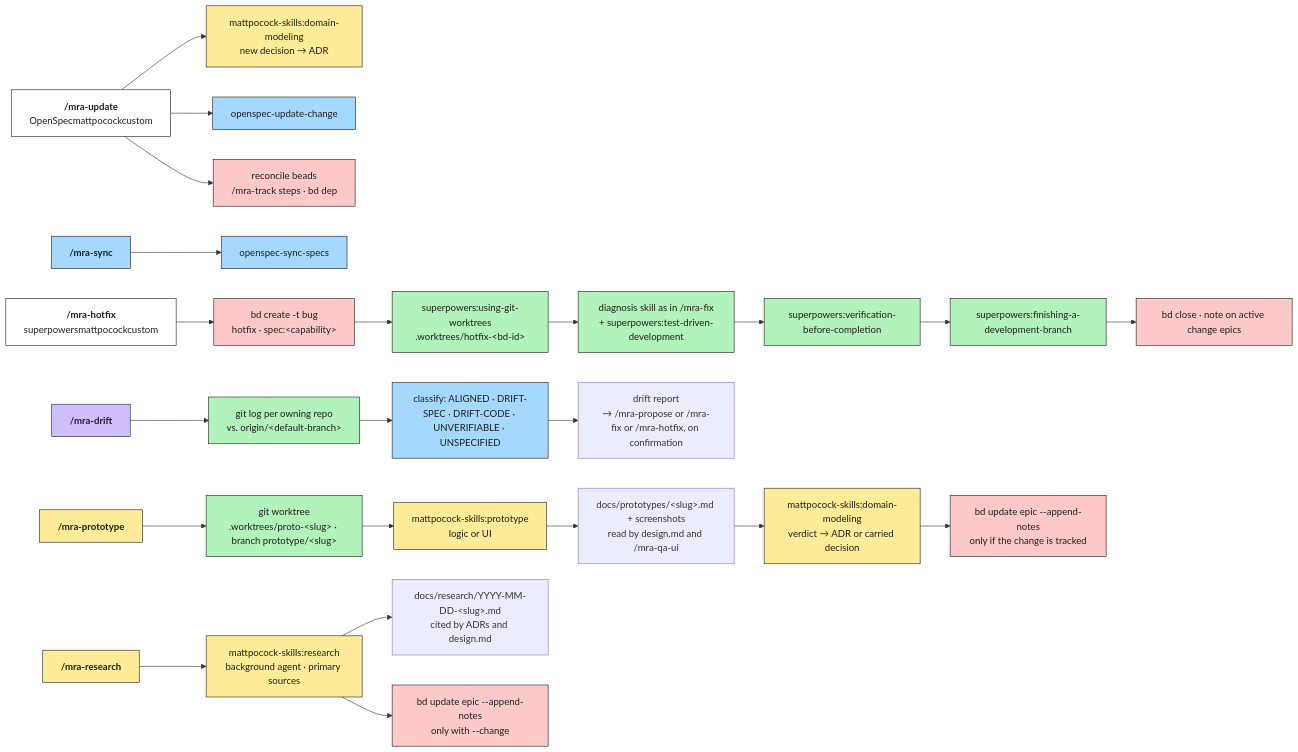
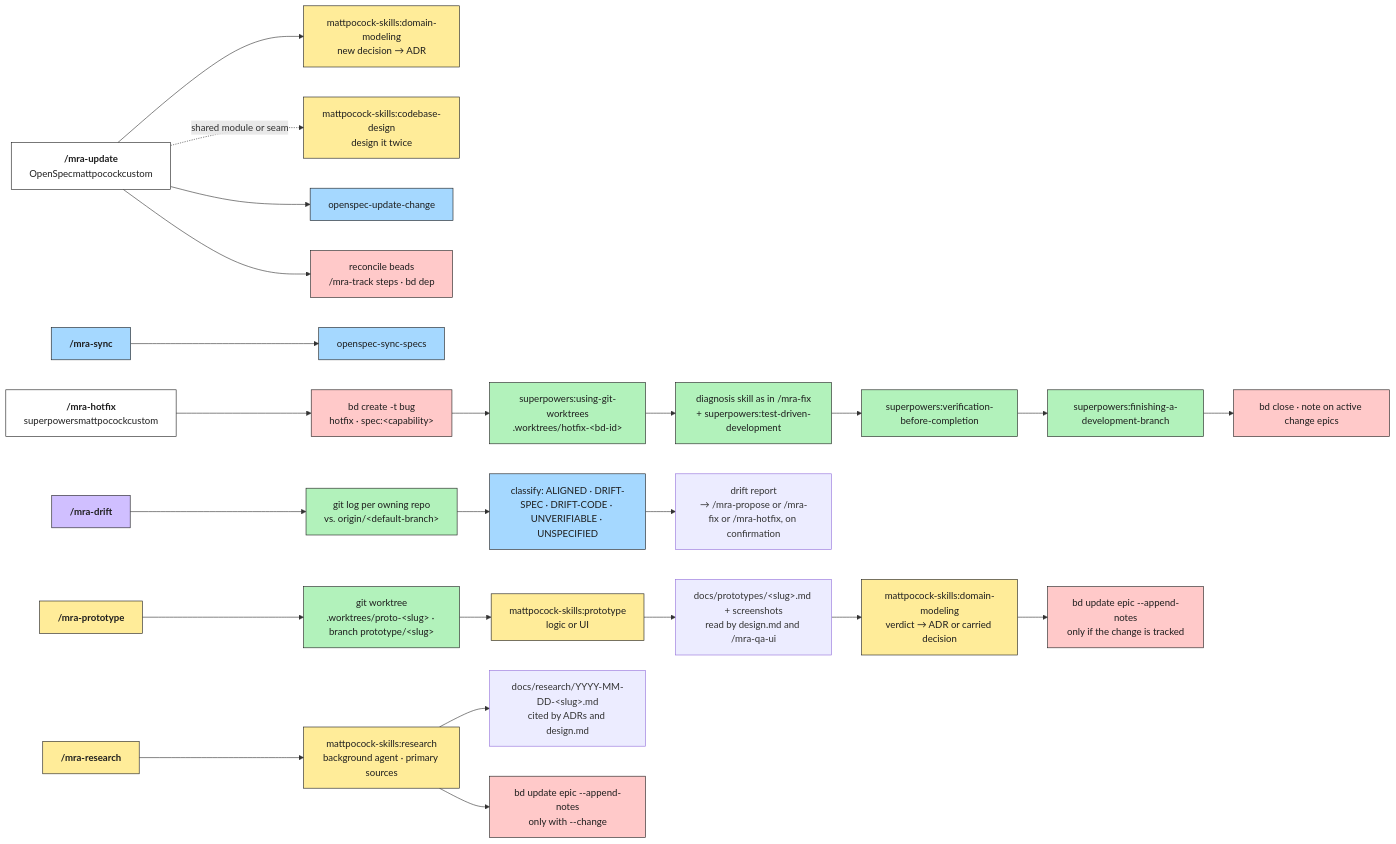
The fourth of 5 diagrams in payload/orchestrator/.mra-flow/docs/mra-flow.md (Ancora-Ancora/mra-flow), drawn with Mermaid before and after one commit. The commit also changed other lines of this file and 9 other files, not shown here.

First line of the commit message:
Run codebase-design on shared modules and seams in /mra-propose and /mra-update

````diff
--- a/payload/orchestrator/.mra-flow/docs/mra-flow.md
+++ b/payload/orchestrator/.mra-flow/docs/mra-flow.md
@@ -221,36 +223,37 @@
 ```mermaid
 %%{init: {"themeCSS": ".t{font-size:1.25em;font-weight:700} .bos,.bsp,.bmp,.bcu{padding:2px 6px} .bos{background:#a5d8ff} .bsp{background:#b2f2bb} .bmp{background:#ffec99} .bcu{background:#d0bfff}"}}%%
 flowchart LR
     classDef phase fill:#d0bfff,stroke:#1e1e1e,color:#1e1e1e
     classDef oswrap fill:#a5d8ff,stroke:#1e1e1e,color:#1e1e1e
     classDef striped fill:#ffffff,stroke:#1e1e1e,color:#1e1e1e
     classDef stripedopt fill:#ffffff,stroke:#1e1e1e,stroke-dasharray:5 5,color:#1e1e1e
     classDef spwrap fill:#b2f2bb,stroke:#1e1e1e,color:#1e1e1e
     classDef mpwrap fill:#ffec99,stroke:#1e1e1e,color:#1e1e1e
     classDef sp fill:#b2f2bb,stroke:#1e1e1e,color:#1e1e1e
     classDef mp fill:#ffec99,stroke:#1e1e1e,color:#1e1e1e
     classDef os fill:#a5d8ff,stroke:#1e1e1e,color:#1e1e1e
     classDef bd fill:#ffc9c9,stroke:#1e1e1e,color:#1e1e1e
 
     up["<b class='t'>/mra-update</b><br/><span class='bos'>OpenSpec</span><span class='bmp'>mattpocock</span><span class='bcu'>custom</span>"]:::striped --> up1["mattpocock-skills:domain-modeling<br/>new decision → ADR"]:::mp
+    up -. "shared module or seam" .-> up4["mattpocock-skills:codebase-design<br/>design it twice"]:::mp
     up --> up2["openspec-update-change"]:::os
     up --> up3["reconcile beads<br/>/mra-track steps · bd dep"]:::bd
     sy["<b class='t'>/mra-sync</b>"]:::oswrap --> sy1["openspec-sync-specs"]:::os
     hf["<b class='t'>/mra-hotfix</b><br/><span class='bsp'>superpowers</span><span class='bmp'>mattpocock</span><span class='bcu'>custom</span>"]:::striped --> hf1["bd create -t bug<br/>hotfix · spec:#lt;capability#gt;"]:::bd
     hf1 --> hf2["superpowers:using-git-worktrees<br/>.worktrees/hotfix-#lt;bd-id#gt;"]:::sp
     hf2 --> hf3["diagnosis skill as in /mra-fix<br/>+ superpowers:test-driven-development"]:::sp
     hf3 --> hf4["superpowers:verification-before-completion"]:::sp
     hf4 --> hf5["superpowers:finishing-a-development-branch"]:::sp
     hf5 --> hf6["bd close · note on active change epics"]:::bd
     dr["<b class='t'>/mra-drift</b>"]:::phase --> dr1["git log per owning repo<br/>vs. origin/#lt;default-branch#gt;"]:::sp
     dr1 --> dr2["classify: ALIGNED · DRIFT-SPEC · DRIFT-CODE · UNVERIFIABLE · UNSPECIFIED"]:::os
     dr2 --> drA["drift report<br/>→ /mra-propose or /mra-fix or /mra-hotfix, on confirmation"]
     pt["<b class='t'>/mra-prototype</b>"]:::mpwrap --> pt1["git worktree<br/>.worktrees/proto-#lt;slug#gt; · branch prototype/#lt;slug#gt;"]:::sp
     pt1 --> pt2["mattpocock-skills:prototype<br/>logic or UI"]:::mp
     pt2 --> ptN["docs/prototypes/#lt;slug#gt;.md + screenshots<br/>read by design.md and /mra-qa-ui"]
     ptN --> pt3["mattpocock-skills:domain-modeling<br/>verdict → ADR or carried decision"]:::mp
     pt3 --> pt4["bd update epic --append-notes<br/>only if the change is tracked"]:::bd
     rs["<b class='t'>/mra-research</b>"]:::mpwrap --> rs1["mattpocock-skills:research<br/>background agent · primary sources"]:::mp
     rs1 --> rsA["docs/research/YYYY-MM-DD-#lt;slug#gt;.md<br/>cited by ADRs and design.md"]
     rs1 --> rs2["bd update epic --append-notes<br/>only with --change"]:::bd
 ```
````
